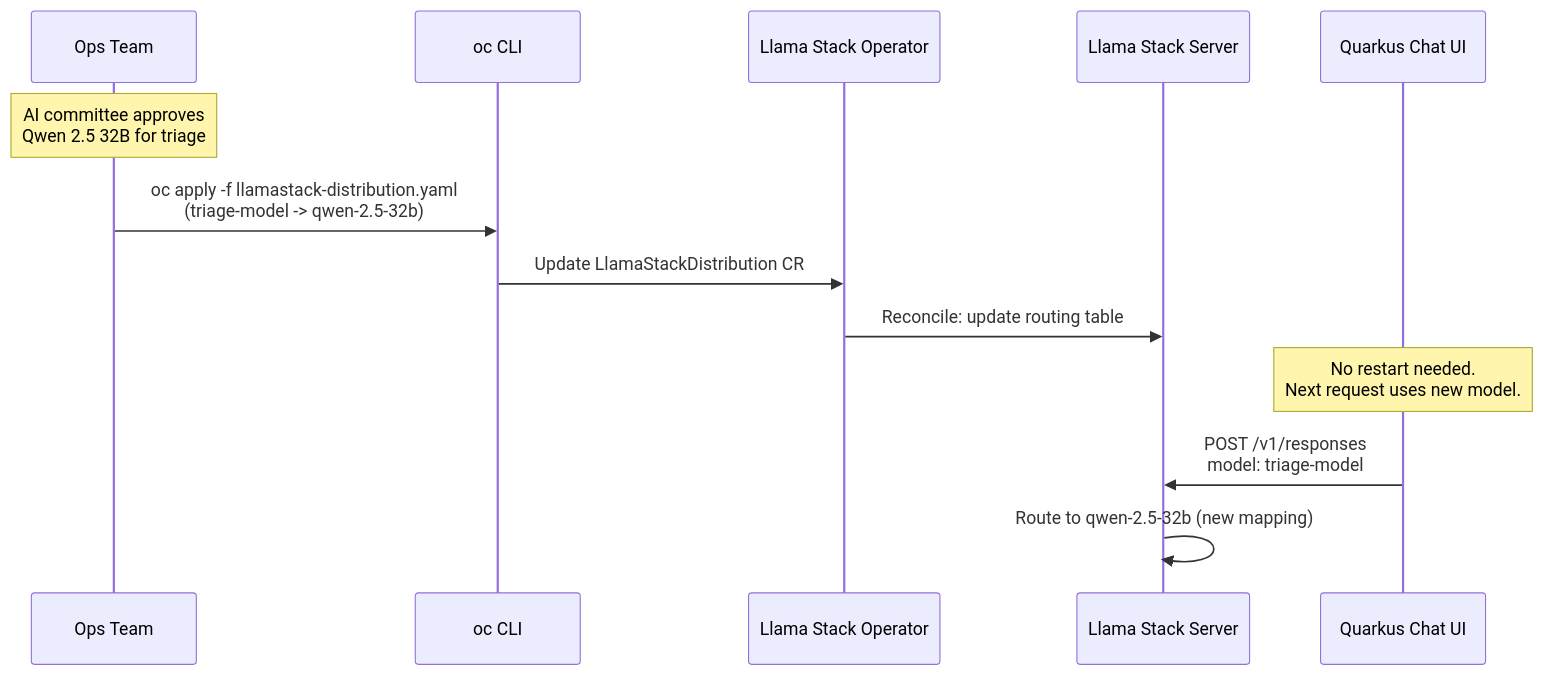
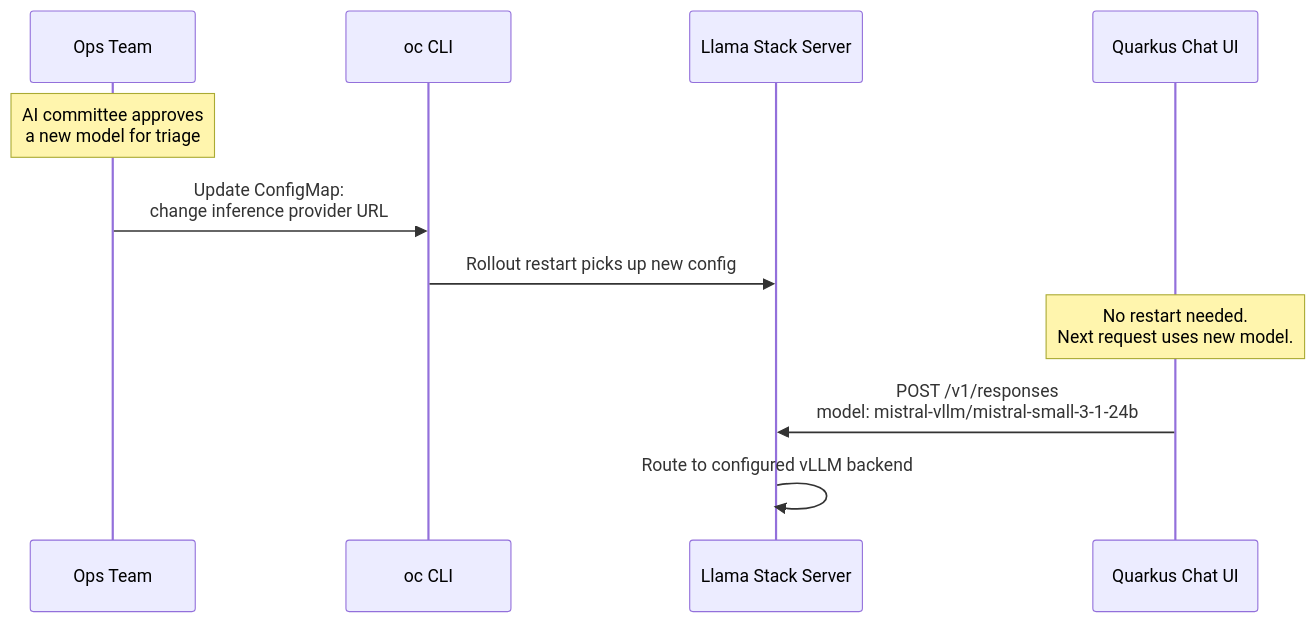
The fourth of 5 diagrams in docs/architecture.md (nikolaus-lemberski/openshift-agentic-ai), drawn with Mermaid before and after one commit. The commit also changed other lines of this file and 10 other files, not shown here.

````diff
--- a/docs/architecture.md
+++ b/docs/architecture.md
@@ -259,19 +263,17 @@
 ```mermaid
 sequenceDiagram
     participant OpsTeam as Ops Team
     participant OC as oc CLI
-    participant LSOperator as Llama Stack Operator
     participant LSServer as Llama Stack Server
     participant QuarkusApp as Quarkus Chat UI
 
-    Note over OpsTeam: AI committee approves<br/>Qwen 2.5 32B for triage
+    Note over OpsTeam: AI committee approves<br/>a new model for triage
 
-    OpsTeam->>OC: oc apply -f llamastack-distribution.yaml<br/>(triage-model -> qwen-2.5-32b)
-    OC->>LSOperator: Update LlamaStackDistribution CR
-    LSOperator->>LSServer: Reconcile: update routing table
+    OpsTeam->>OC: Update ConfigMap:<br/>change inference provider URL
+    OC->>LSServer: Rollout restart picks up new config
 
     Note over QuarkusApp: No restart needed.<br/>Next request uses new model.
 
-    QuarkusApp->>LSServer: POST /v1/responses<br/>model: triage-model
-    LSServer->>LSServer: Route to qwen-2.5-32b (new mapping)
+    QuarkusApp->>LSServer: POST /v1/responses<br/>model: mistral-vllm/mistral-small-3-1-24b
+    LSServer->>LSServer: Route to configured vLLM backend
 ```
````
